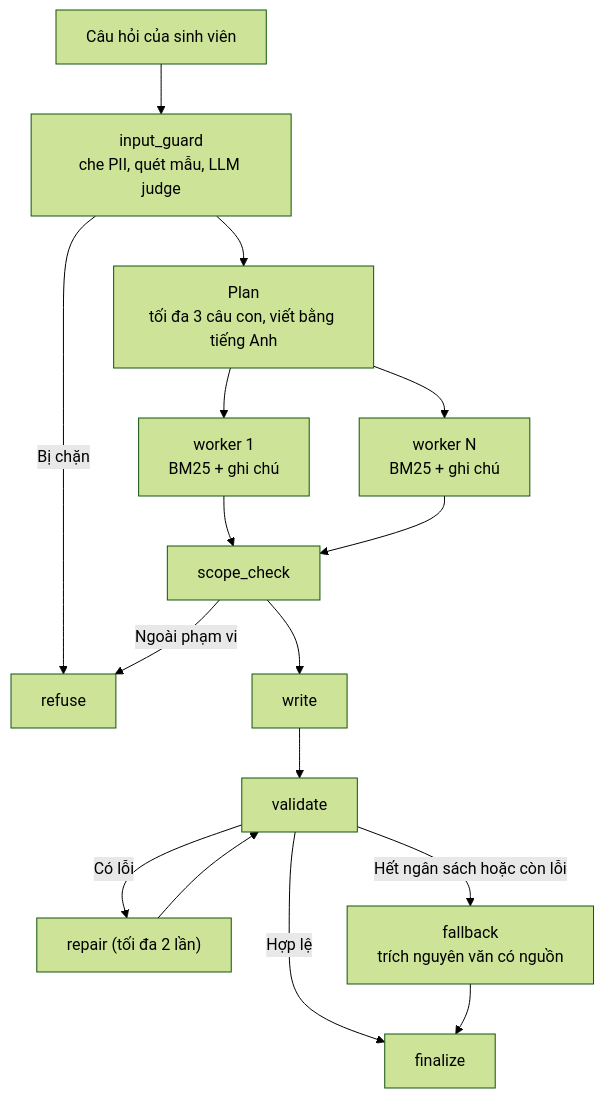
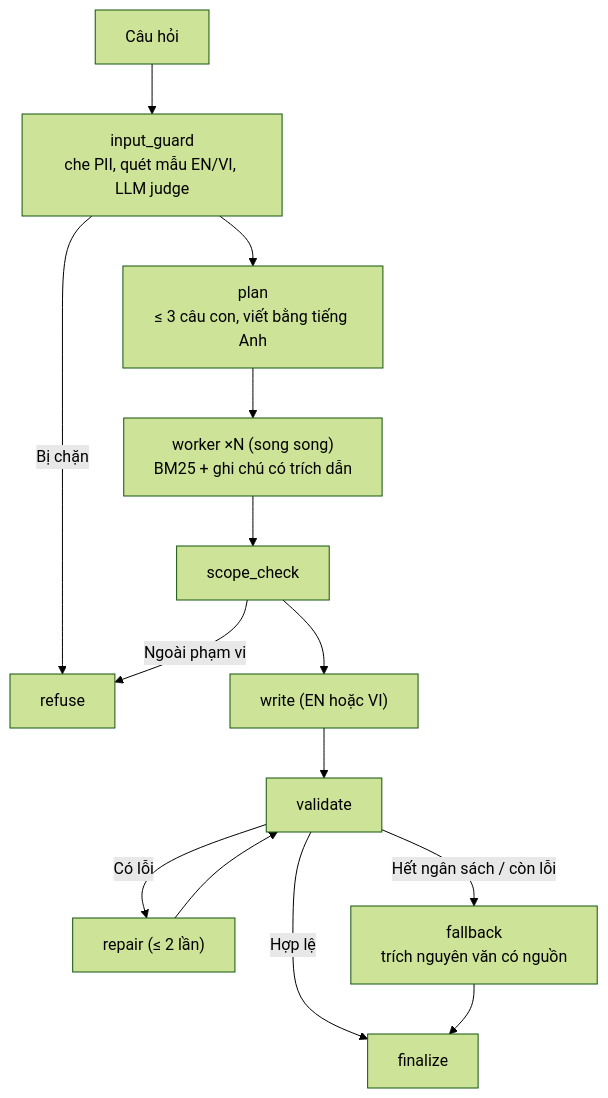
The second of 2 diagrams in README.md (mthanh-412/OppHunter), drawn with Mermaid (forest theme) before and after one commit. The commit also changed other lines of this file, not shown here.

````diff
--- a/README.md
+++ b/README.md
@@ -20,18 +33,14 @@
 ```mermaid
 flowchart TD
-    Q["Câu hỏi của sinh viên"] --> G["input_guard<br/>che PII, quét mẫu, LLM judge"]
+    Q["Câu hỏi"] --> G["input_guard<br/>che PII, quét mẫu EN/VI, LLM judge"]
     G -- "Bị chặn" --> R["refuse"]
-    G --> P["Plan<br/>tối đa 3 câu con, viết bằng tiếng Anh"]
-    P --> W1["worker 1<br/>BM25 + ghi chú"]
-    P --> W2["worker N<br/>BM25 + ghi chú"]
-    W1 --> S["scope_check"]
-    W2 --> S
+    G --> P["plan<br/>≤ 3 câu con, viết bằng tiếng Anh"]
+    P --> W["worker ×N (song song)<br/>BM25 + ghi chú có trích dẫn"]
+    W --> S["scope_check"]
     S -- "Ngoài phạm vi" --> R
-    S --> WR["write"]
+    S --> WR["write (EN hoặc VI)"]
     WR --> V["validate"]
+    V -- "Có lỗi" --> RP["repair (≤ 2 lần)"] --> V
     V -- "Hợp lệ" --> F["finalize"]
-    V -- "Có lỗi" --> RP["repair (tối đa 2 lần)"]
-    RP --> V
-    V -- "Hết ngân sách hoặc còn lỗi" --> FB["fallback<br/>trích nguyên văn có nguồn"]
-    FB --> F
+    V -- "Hết ngân sách / còn lỗi" --> FB["fallback<br/>trích nguyên văn có nguồn"] --> F
 ```
````
